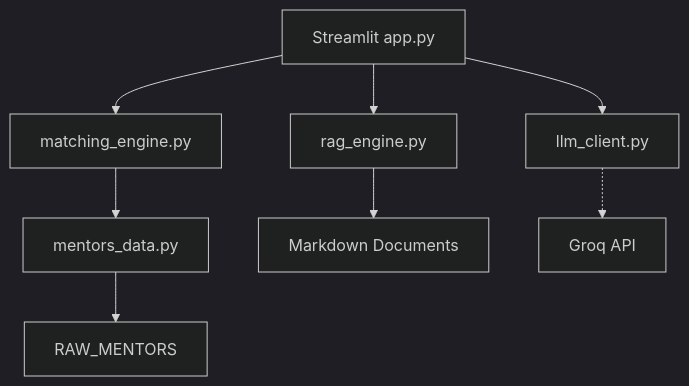
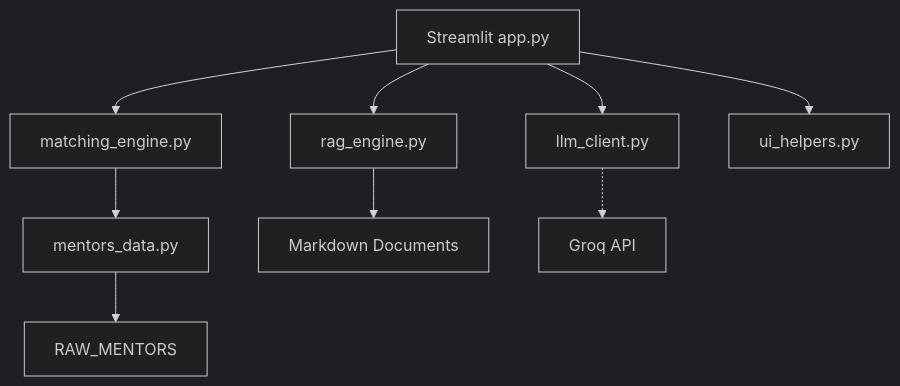
Before and after one commit to levanmanh268/cmc-ai-mentor-network: the third of 5 diagrams in docs/architecture.md, drawn with Mermaid (dark theme). The commit also changed other lines of this file, not shown here.

First line of the commit message:
docs(architecture): synchronize C4 diagrams and contracts with UI/filter/diagnostics integration

````diff
--- a/docs/architecture.md
+++ b/docs/architecture.md
@@ -90,18 +93,20 @@
 ```mermaid
 flowchart TD
     UI[Streamlit app.py]
     CONFIG[llm_client.py]
     KB[rag_engine.py]
     MATCH[matching_engine.py]
+    HELPER[ui_helpers.py]
     MR[mentors_data.py]
     MARKDOWN[Markdown Documents]
     RAW[RAW_MENTORS]
     API[Groq API]
     UI --> CONFIG
     UI --> KB
     UI --> MATCH
+    UI --> HELPER
     MATCH --> MR
     MR --> RAW
     KB --> MARKDOWN
     CONFIG -.-> API
 ```
````
